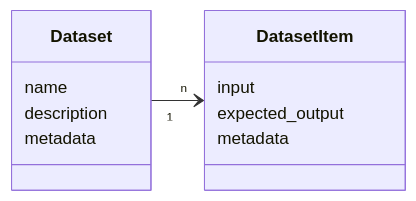
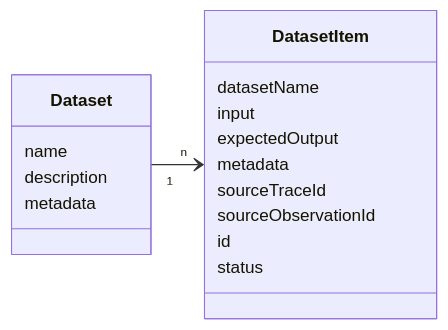
The first of 3 diagrams in components-mdx/datasets-datamodel.mdx (langfuse/langfuse-docs), drawn with Mermaid before and after one commit. The commit also changed other lines of this file and 1 other file, not shown here.

````diff
--- a/components-mdx/datasets-datamodel.mdx
+++ b/components-mdx/datasets-datamodel.mdx
@@ -11,17 +8,22 @@
 ```mermaid
 classDiagram
 direction LR
     class Dataset {
         name
         description
         metadata
     }
 
     class DatasetItem {
+        datasetName
         input
-        expected_output
+        expectedOutput
         metadata
+        sourceTraceId
+        sourceObservationId
+        id
+        status
     }
 
     Dataset "1" --> "n" DatasetItem
 ```
````
